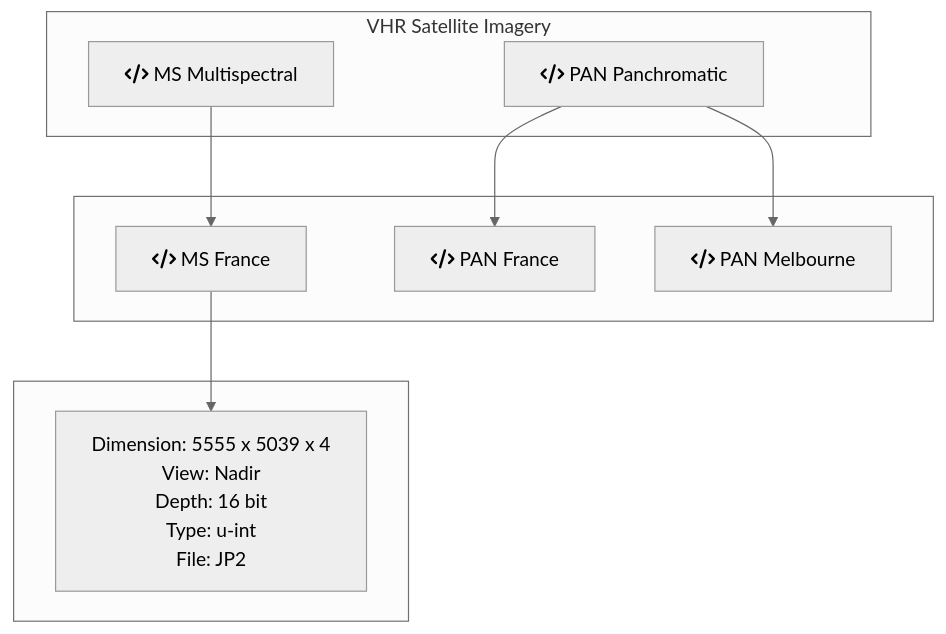
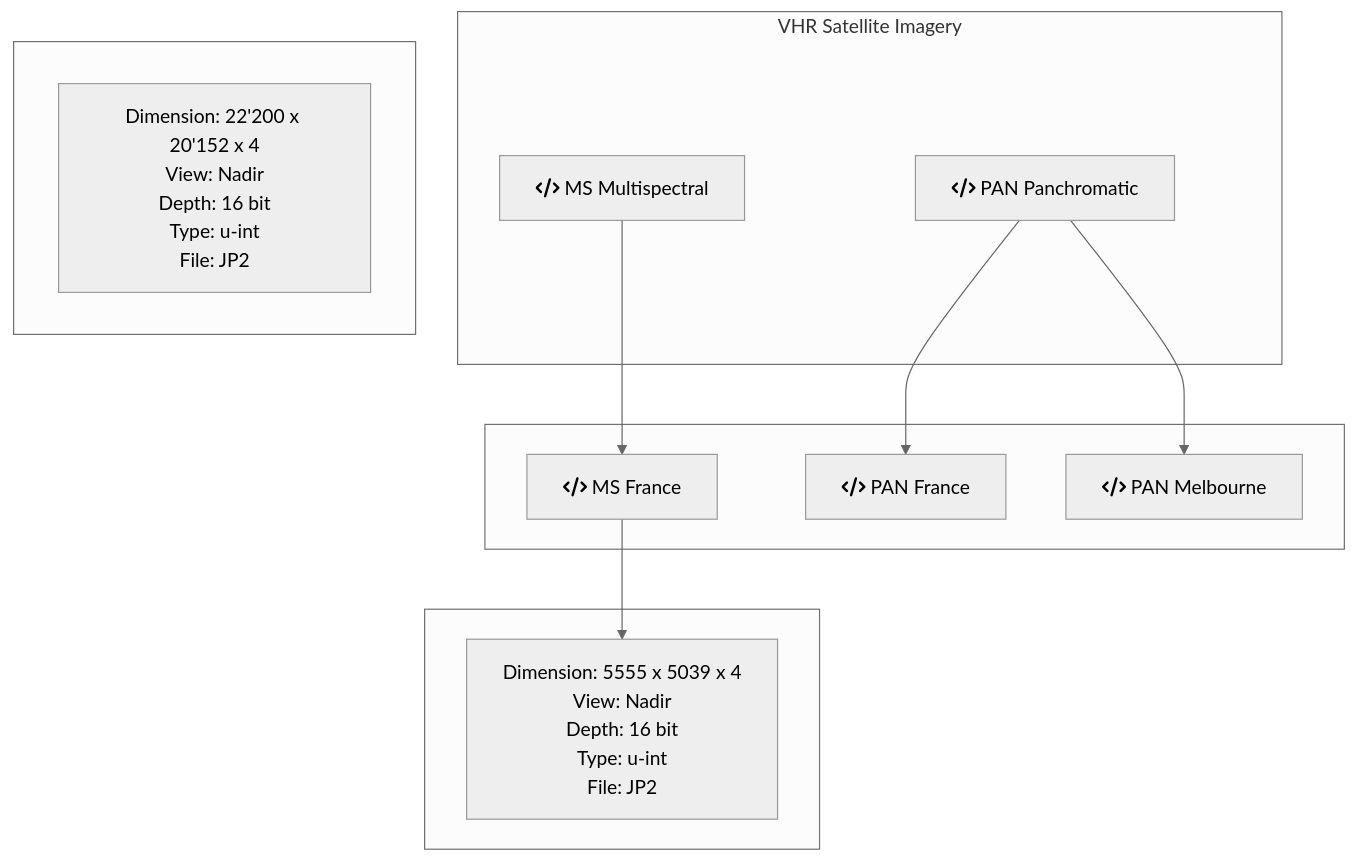
One commit to DippoldEJ/Satellite-Datasets changed the diagram in Pleiades/README.md. Above: the diagram before and after it, drawn with Mermaid (neutral theme).

````diff
--- a/Pleiades/README.md
+++ b/Pleiades/README.md
@@ -7,28 +7,36 @@
 ```mermaid
 flowchart TD;
 
 subgraph VHR Satellite Imagery
     a[fa:fa-code MS Multispectral]
     b[fa:fa-code PAN Panchromatic]
     end
 
 subgraph  
     c[fa:fa-code MS France]
     d[fa:fa-code PAN France]
     e[fa:fa-code PAN Melbourne]
     end
 
 subgraph  
     f["`Dimension: 5555 x 5039 x 4
     View: Nadir
     Depth: 16 bit
     Type: u-int
     File: JP2`"]
 end
 
+subgraph  
+    g["`Dimension: 22'200 x 20'152 x 4
+    View: Nadir
+    Depth: 16 bit
+    Type: u-int
+    File: JP2`"]
+end
+
 c --> f
 a --> c
 b --> d
 b --> e
 
 ```
````
